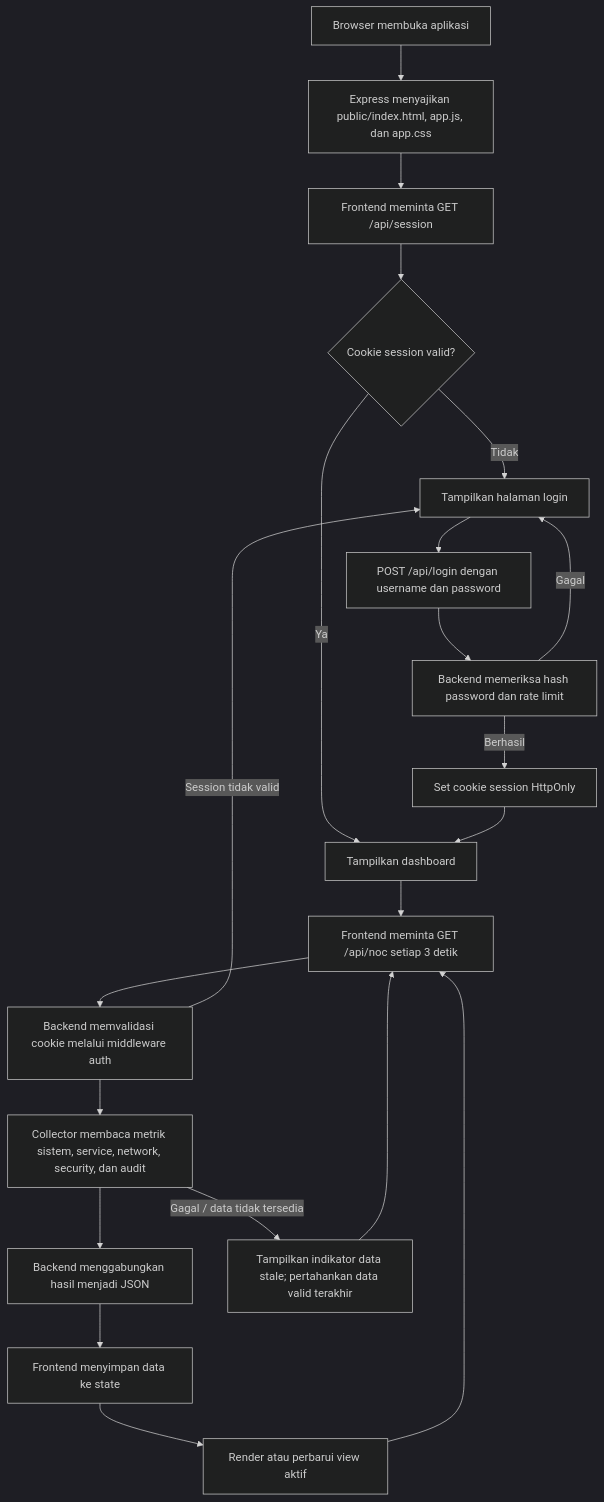
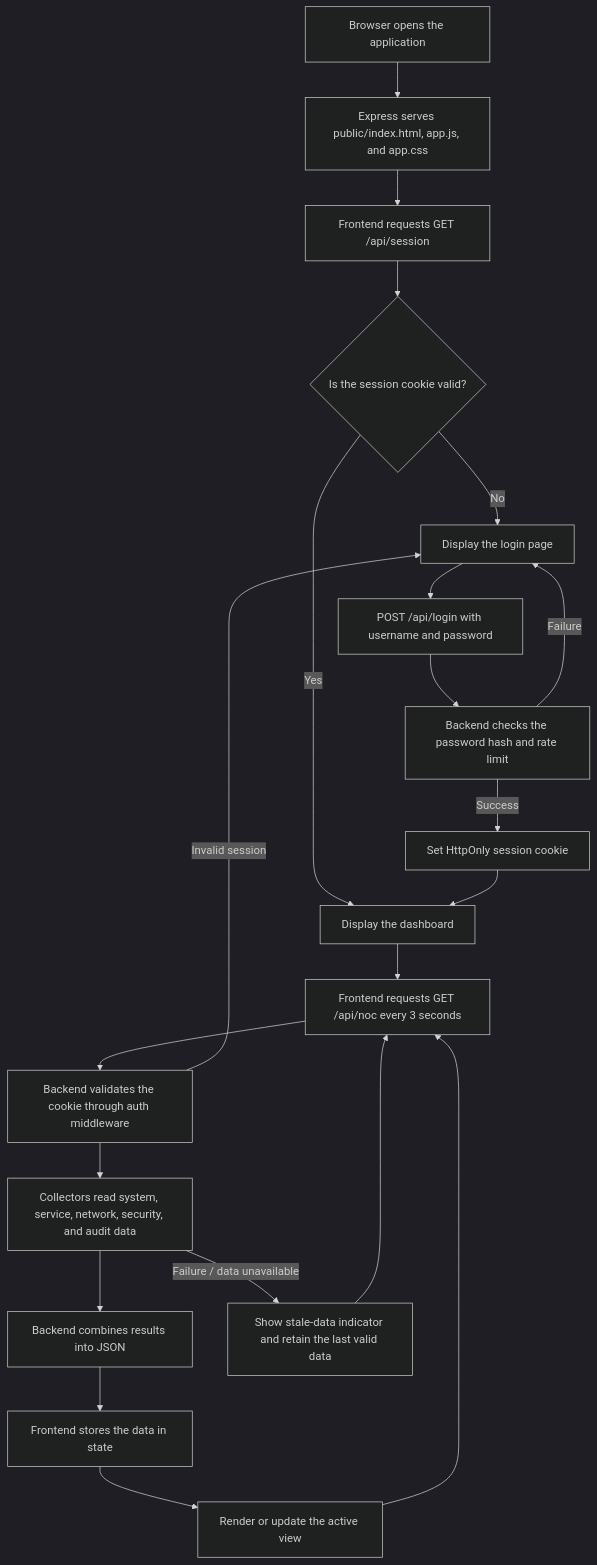
One commit to muathoillah/Project-Noc changed the diagram in README.md. Above: the diagram before and after it, drawn with Mermaid (dark theme). The commit also changed other lines of this file, not shown here.

````diff
--- a/README.md
+++ b/README.md
@@ -94,23 +90,23 @@
 ```mermaid
 flowchart TD
-    A[Browser membuka aplikasi] --> B[Express menyajikan public/index.html, app.js, dan app.css]
-    B --> C[Frontend meminta GET /api/session]
-    C --> D{Cookie session valid?}
-    D -- Tidak --> E[Tampilkan halaman login]
-    E --> F[POST /api/login dengan username dan password]
-    F --> G[Backend memeriksa hash password dan rate limit]
-    G -- Berhasil --> H[Set cookie session HttpOnly]
-    G -- Gagal --> E
-    D -- Ya --> I[Tampilkan dashboard]
+    A[Browser opens the application] --> B[Express serves public/index.html, app.js, and app.css]
+    B --> C[Frontend requests GET /api/session]
+    C --> D{Is the session cookie valid?}
+    D -- No --> E[Display the login page]
+    E --> F[POST /api/login with username and password]
+    F --> G[Backend checks the password hash and rate limit]
+    G -- Success --> H[Set HttpOnly session cookie]
+    G -- Failure --> E
+    D -- Yes --> I[Display the dashboard]
     H --> I
-    I --> J[Frontend meminta GET /api/noc setiap 3 detik]
-    J --> K[Backend memvalidasi cookie melalui middleware auth]
-    K --> L[Collector membaca metrik sistem, service, network, security, dan audit]
-    L --> M[Backend menggabungkan hasil menjadi JSON]
-    M --> N[Frontend menyimpan data ke state]
-    N --> O[Render atau perbarui view aktif]
+    I --> J[Frontend requests GET /api/noc every 3 seconds]
+    J --> K[Backend validates the cookie through auth middleware]
+    K --> L[Collectors read system, service, network, security, and audit data]
+    L --> M[Backend combines results into JSON]
+    M --> N[Frontend stores the data in state]
+    N --> O[Render or update the active view]
     O --> J
-    K -- Session tidak valid --> E
-    L -- Gagal / data tidak tersedia --> P[Tampilkan indikator data stale; pertahankan data valid terakhir]
+    K -- Invalid session --> E
+    L -- Failure / data unavailable --> P[Show stale-data indicator and retain the last valid data]
     P --> J
 ```
````
